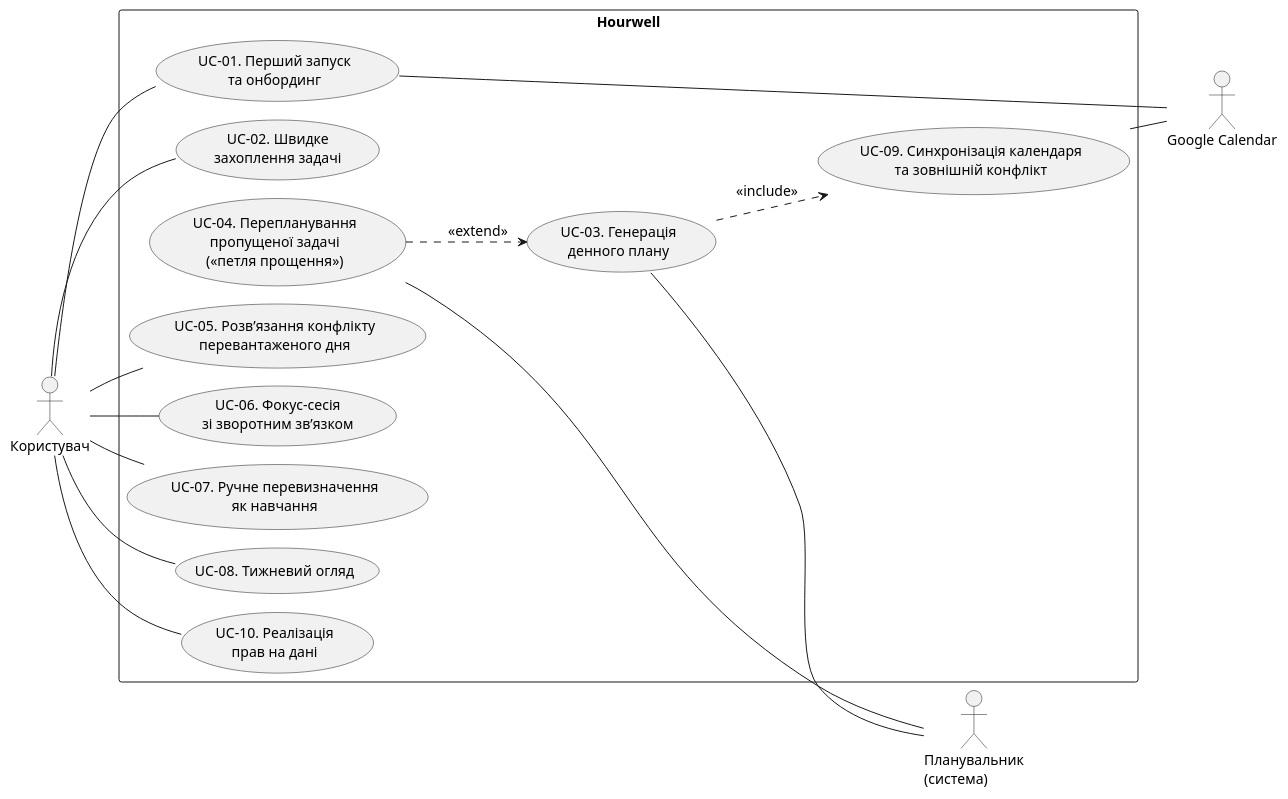
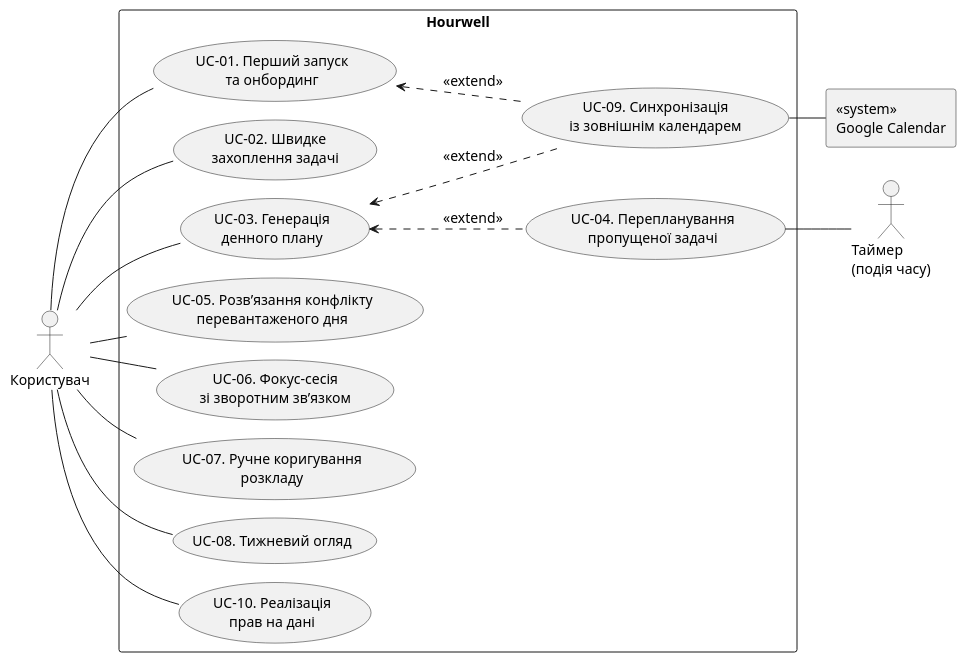
Before and after one commit to IKala4I/magister_work: the diagram in docs/thesis/text/diagrams/3-3-use-cases.puml, drawn with PlantUML. The commit also changed 5 other files, not shown here.

```diff
--- a/docs/thesis/text/diagrams/3-3-use-cases.puml
+++ b/docs/thesis/text/diagrams/3-3-use-cases.puml
@@ -1,48 +1,54 @@
 @startuml
 ' Рисунок 3.3 — Діаграма сценаріїв використання системи.
 ' Джерело: підрозділ 3.9 (UC-01…UC-10, назви дослівно) і текст плейсхолдера рисунка 3.3.
 ' Зв'язки — лише ті, що названо в тексті прямо: UC-03 «include» UC-09 і UC-04 «extend» UC-03
 ' (плейсхолдер рисунка 3.3). Інші можливі зв'язки (UC-01 → UC-03 через «перший план», UC-05 як
 ' розширення планування) — вивід, а не текст, тож їх немає (адверсарний прохід, 2026-09-29).
 ' Актори — за тригером кожного сценарію в 3.9: Користувач; «Система за першого відкриття…» (UC-03),
 ' «Час блоку минає без виконання» (UC-04) — Планувальник; «Вебхук Google Calendar…» (UC-09) і
 ' «опційне під’єднання Google Calendar» (UC-01) — Google Calendar.
+' 2026-11-12 (зовнішня рецензія UML): внутрішній «Планувальник (система)» не може бути актором —
+' подію часу («блок минає без виконання») подає актор «Таймер»; UC-03 ініціює Користувач; UC-09 —
+' умовне розширення («extend») UC-03 і UC-01 (лише за під'єднаного календаря), а не «include»;
+' Google Calendar — зовнішня система (прямокутник «system»); назви без «петлі прощення» й «як навчання».
 !pragma layout smetana
 skinparam defaultFontSize 14
 skinparam defaultFontName Arial
 skinparam monochrome true
 skinparam shadowing false
 left to right direction
 
 actor "Користувач" as U
-actor "Google Calendar" as GC
-actor "Планувальник\n(система)" as P
+actor "Таймер\n(подія часу)" as T
+rectangle "«system»\nGoogle Calendar" as GC
 
 rectangle "Hourwell" {
   usecase "UC-01. Перший запуск\nта онбординг" as UC1
   usecase "UC-02. Швидке\nзахоплення задачі" as UC2
   usecase "UC-03. Генерація\nденного плану" as UC3
-  usecase "UC-04. Перепланування\nпропущеної задачі\n(«петля прощення»)" as UC4
+  usecase "UC-04. Перепланування\nпропущеної задачі" as UC4
   usecase "UC-05. Розв’язання конфлікту\nперевантаженого дня" as UC5
   usecase "UC-06. Фокус-сесія\nзі зворотним зв’язком" as UC6
-  usecase "UC-07. Ручне перевизначення\nяк навчання" as UC7
+  usecase "UC-07. Ручне коригування\nрозкладу" as UC7
   usecase "UC-08. Тижневий огляд" as UC8
-  usecase "UC-09. Синхронізація календаря\nта зовнішній конфлікт" as UC9
+  usecase "UC-09. Синхронізація\nіз зовнішнім календарем" as UC9
   usecase "UC-10. Реалізація\nправ на дані" as UC10
 }
 
 U -- UC1
 U -- UC2
+U -- UC3
 U -- UC5
 U -- UC6
 U -- UC7
 U -- UC8
 U -- UC10
-UC1 -- GC
+UC4 -- T
 UC9 -- GC
-UC3 -- P
-UC4 -- P
 
-UC3 ..> UC9 : <<include>>
-UC4 ..> UC3 : <<extend>>
+' напрям запису — від бази до розширення, щоб розширення стали правою колонкою біля своїх акторів;
+' стрілка однаково вказує на базовий сценарій («extend» → база)
+UC3 <.. UC4 : <<extend>>
+UC3 <.. UC9 : <<extend>>
+UC1 <.. UC9 : <<extend>>
 @enduml
```
